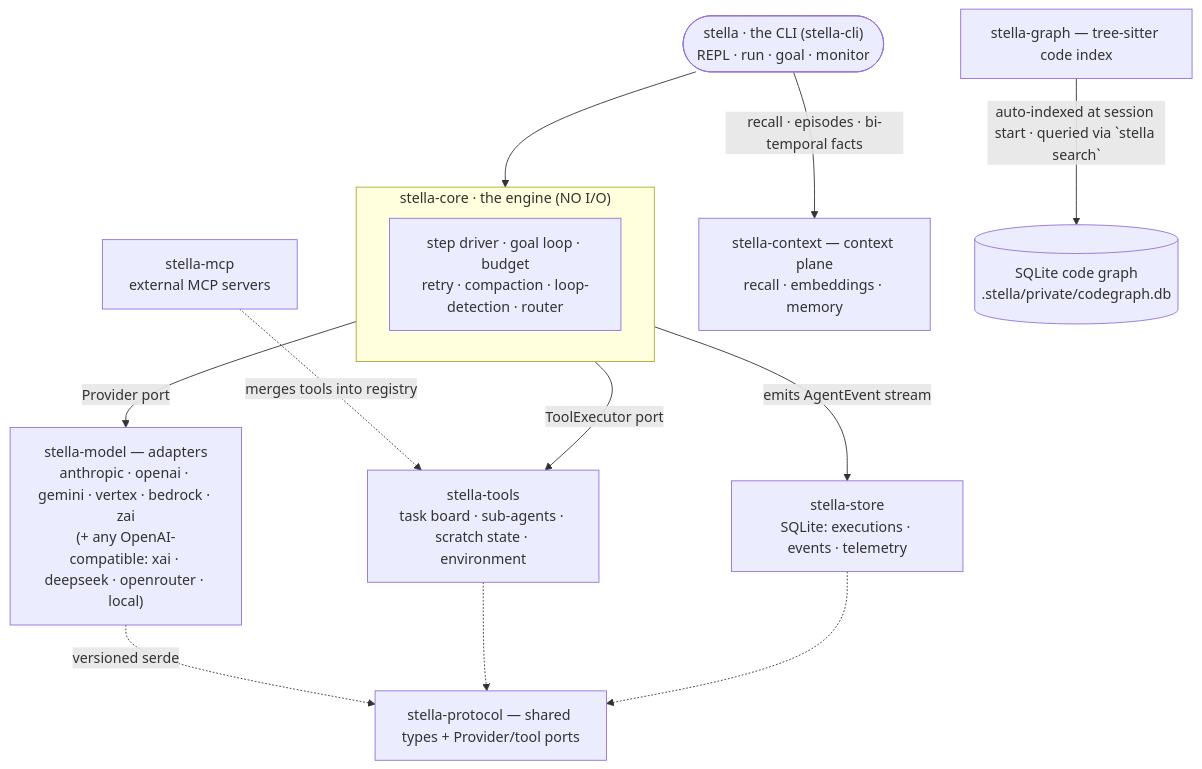
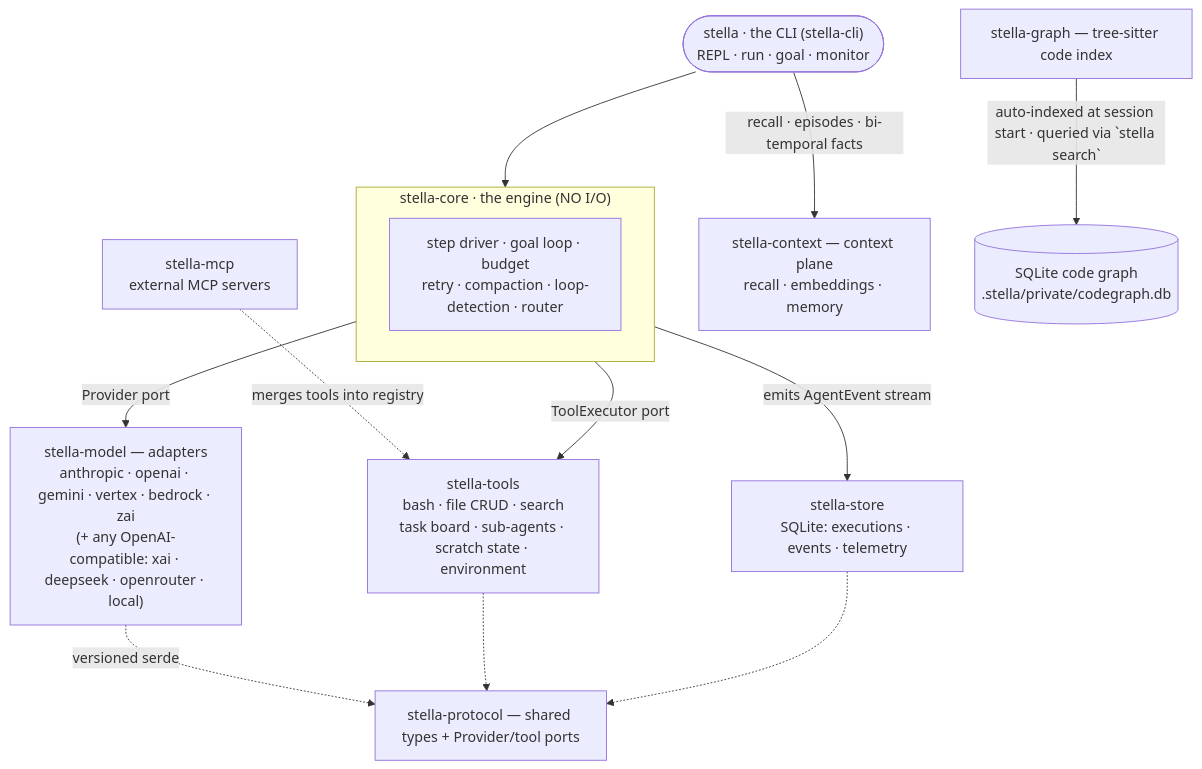
The diagram in README.md (macanderson/stella), drawn with Mermaid before and after one commit. The commit also changed other lines of this file and 23 other files, not shown here.

````diff
--- a/README.md
+++ b/README.md
@@ -611,16 +616,16 @@
 ```mermaid
 flowchart TD
     U(["stella · the CLI (stella-cli)<br/>REPL · run · goal · monitor"]) --> CORE
     subgraph CORE["stella-core · the engine (NO I/O)"]
       ENG["step driver · goal loop · budget<br/>retry · compaction · loop-detection · router"]
     end
     CORE -->|Provider port| MODEL["stella-model — adapters<br/>anthropic · openai · gemini · vertex · bedrock · zai<br/>(+ any OpenAI-compatible: xai · deepseek · openrouter · local)"]
-    CORE -->|ToolExecutor port| TOOLS["stella-tools<br/>task board · sub-agents · scratch state · environment"]
+    CORE -->|ToolExecutor port| TOOLS["stella-tools<br/>bash · file CRUD · search<br/>task board · sub-agents · scratch state · environment"]
     MCP["stella-mcp<br/>external MCP servers"] -.->|merges tools into registry| TOOLS
     CORE -->|emits AgentEvent stream| STORE["stella-store<br/>SQLite: executions · events · telemetry"]
     U -->|"recall · episodes · bi-temporal facts"| CTX["stella-context — context plane<br/>recall · embeddings · memory"]
     GRAPH["stella-graph — tree-sitter code index"] -->|"auto-indexed at session start · queried via `stella search`"| DB[("SQLite code graph<br/>.stella/private/codegraph.db")]
     MODEL -.->|versioned serde| PROTO["stella-protocol — shared types + Provider/tool ports"]
     TOOLS -.-> PROTO
     STORE -.-> PROTO
 ```
````
